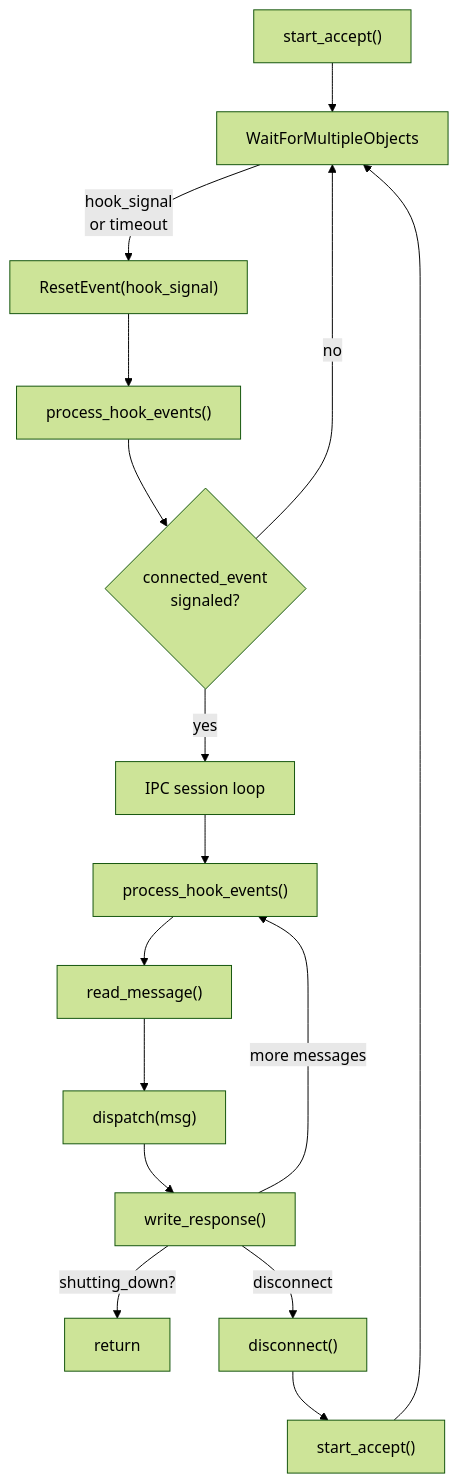
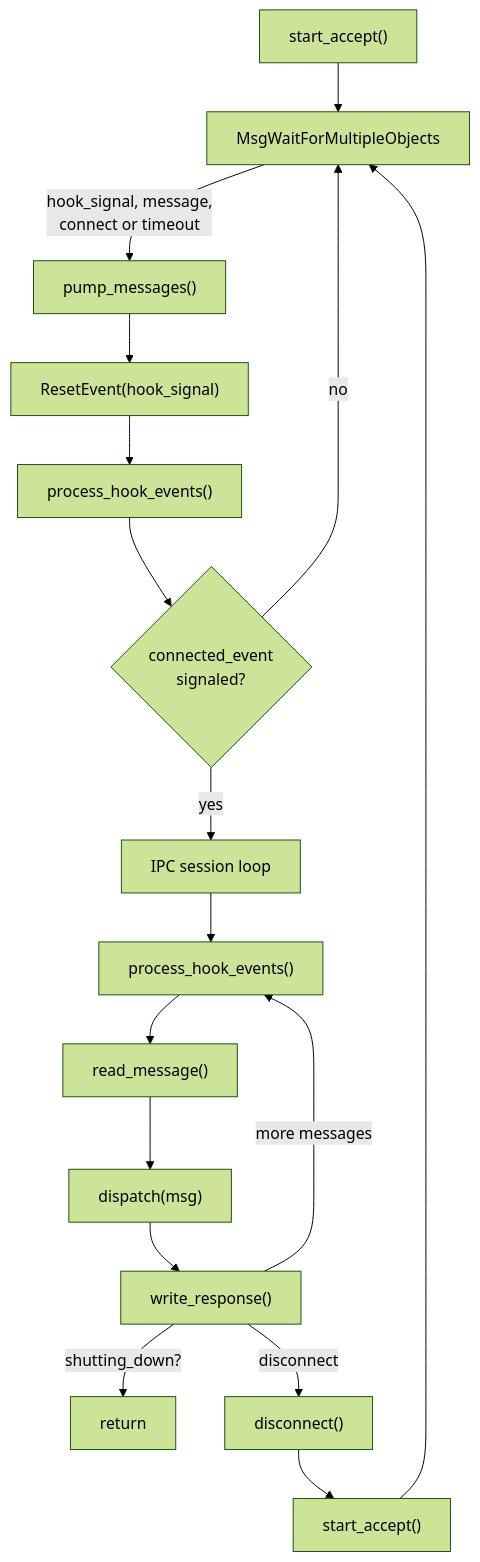
The second of 2 diagrams in docs/src/dev-guide/threading-model.md (darth-feir/flow-wm-multi-monitor), drawn with Mermaid (forest theme) before and after one commit. The commit also changed other lines of this file and 33 other files, not shown here.

First line of the commit message:
docs: move the fork to github.com/darth-feir/flow-wm and audit every guide page against the code

````diff
--- a/docs/src/dev-guide/threading-model.md
+++ b/docs/src/dev-guide/threading-model.md
@@ -106,18 +117,19 @@
 ```mermaid
 flowchart TB
-    Start["start_accept()"] --> Loop["WaitForMultipleObjects"]
-    Loop -->|"hook_signal<br/>or timeout"| Reset["ResetEvent(hook_signal)"]
+    Start["start_accept()"] --> Loop["MsgWaitForMultipleObjects"]
+    Loop -->|"hook_signal, message,<br/>connect or timeout"| Pump["pump_messages()"]
+    Pump --> Reset["ResetEvent(hook_signal)"]
     Reset --> Drain["process_hook_events()"]
     Drain --> CheckIPC{"connected_event<br/>signaled?"}
     CheckIPC -->|"yes"| InnerLoop["IPC session loop"]
     CheckIPC -->|"no"| Loop
     InnerLoop --> PreRead["process_hook_events()"]
     PreRead --> Read["read_message()"]
     Read --> Dispatch["dispatch(msg)"]
     Dispatch --> Write["write_response()"]
     Write -->|"shutting_down?"| Exit["return"]
     Write -->|"more messages"| PreRead
     Write -->|"disconnect"| Disconnect["disconnect()"]
     Disconnect --> Accept["start_accept()"]
     Accept --> Loop
 ```
````
